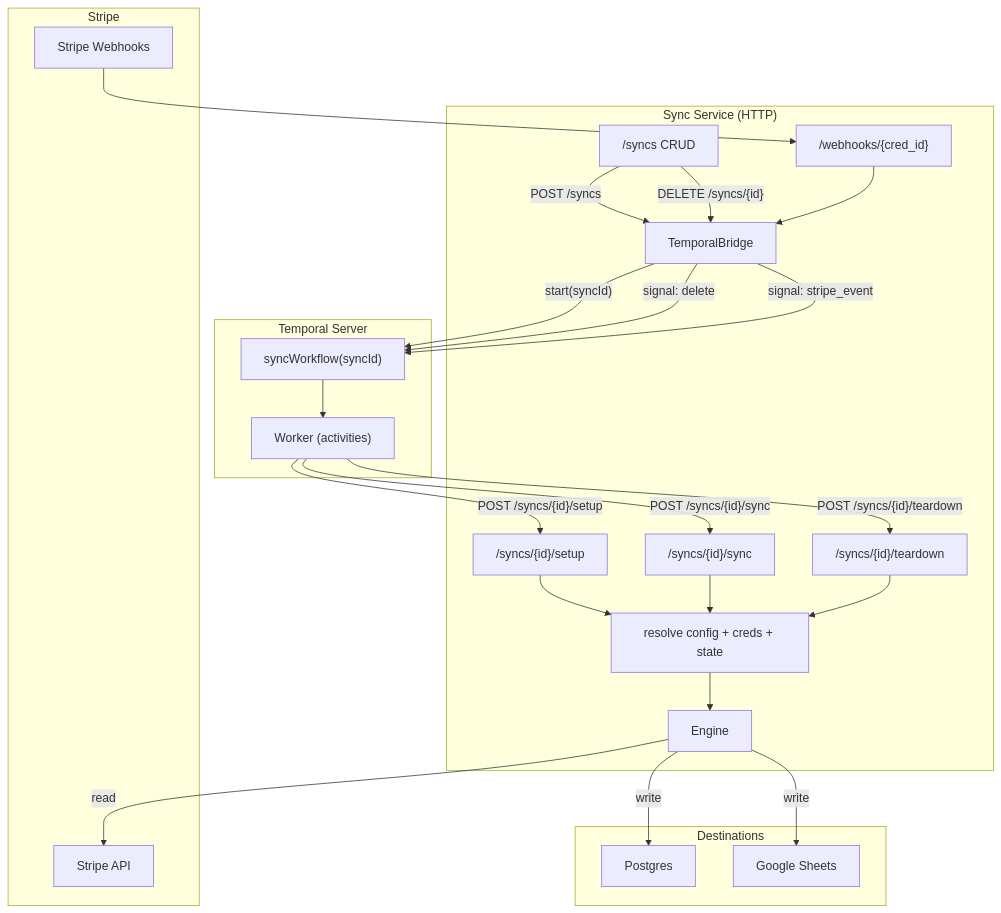
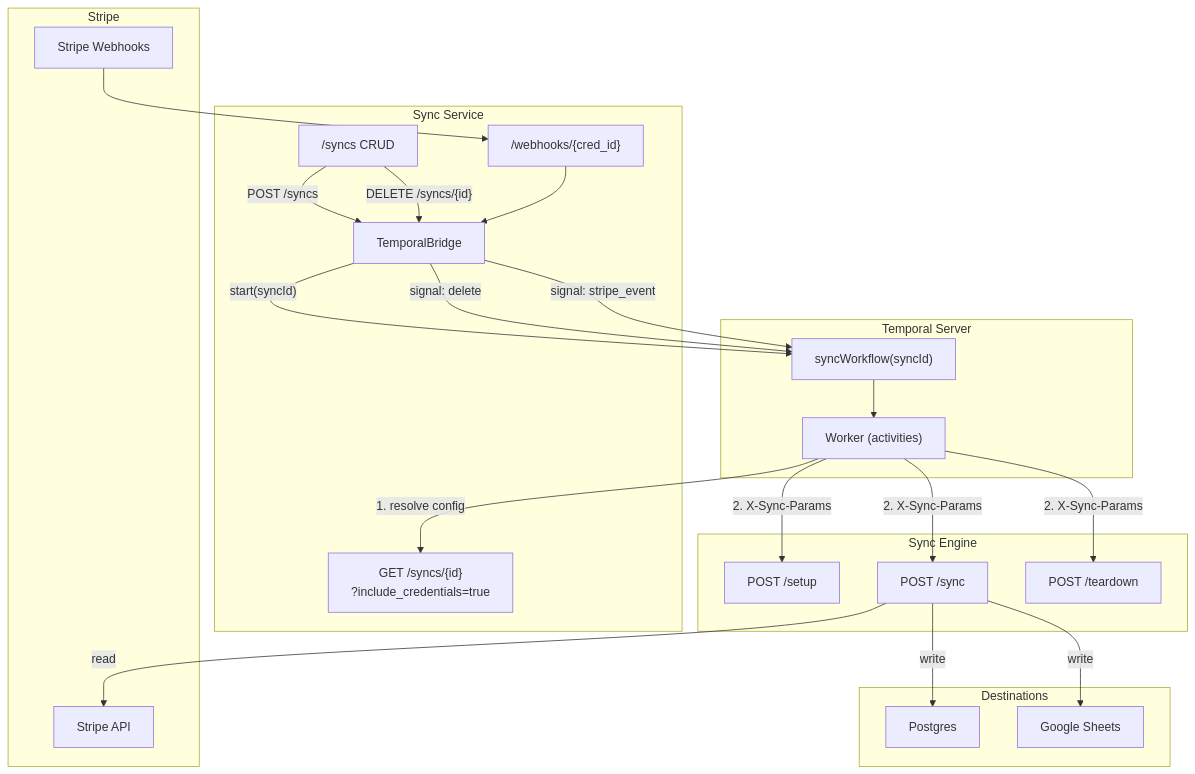
Before and after one commit to supabase/stripe-sync-engine: the first of 5 diagrams in docs/pages/service/temporal.md, drawn with Mermaid. The commit also changed other lines of this file, not shown here.

First line of the commit message:
Update temporal doc: two-server architecture + activity flow

````diff
--- a/docs/pages/service/temporal.md
+++ b/docs/pages/service/temporal.md
@@ -11,55 +18,55 @@
 ```mermaid
 graph TD
     subgraph Stripe
         StripeAPI["Stripe API"]
         StripeWH["Stripe Webhooks"]
     end
 
-    subgraph Service["Sync Service (HTTP)"]
+    subgraph Service["Sync Service"]
         CRUD["/syncs CRUD"]
-        Setup["/syncs/{id}/setup"]
-        Run["/syncs/{id}/sync"]
-        Teardown["/syncs/{id}/teardown"]
+        Resolve["GET /syncs/{id}<br/>?include_credentials=true"]
         WHRoute["/webhooks/{cred_id}"]
         Bridge["TemporalBridge"]
-        Resolve["resolve config + creds + state"]
-        Engine["Engine"]
+    end
+
+    subgraph EngineAPI["Sync Engine"]
+        ESetup["POST /setup"]
+        ESync["POST /sync"]
+        ETeardown["POST /teardown"]
     end
 
     subgraph Temporal["Temporal Server"]
         Workflow["syncWorkflow(syncId)"]
         Worker["Worker (activities)"]
     end
 
     subgraph Destinations
         Postgres["Postgres"]
         Sheets["Google Sheets"]
     end
 
     %% CRUD → Bridge → Workflow
     CRUD -- "POST /syncs" --> Bridge
     Bridge -- "start(syncId)" --> Workflow
     CRUD -- "DELETE /syncs/{id}" --> Bridge
     Bridge -- "signal: delete" --> Workflow
 
     %% Webhook → Bridge → Workflow
     StripeWH --> WHRoute
     WHRoute --> Bridge
     Bridge -- "signal: stripe_event" --> Workflow
 
-    %% Workflow → Activities → Service
+    %% Workflow → Activities
     Workflow --> Worker
-    Worker -- "POST /syncs/{id}/setup" --> Setup
-    Worker -- "POST /syncs/{id}/sync" --> Run
-    Worker -- "POST /syncs/{id}/teardown" --> Teardown
 
-    %% Service internals
-    Setup --> Resolve --> Engine
-    Run --> Resolve
-    Teardown --> Resolve
+    %% Activities → Service (resolve) → Engine (execute)
+    Worker -- "1. resolve config" --> Resolve
+    Worker -- "2. X-Sync-Params" --> ESetup
+    Worker -- "2. X-Sync-Params" --> ESync
+    Worker -- "2. X-Sync-Params" --> ETeardown
 
     %% Engine → external
-    Engine -- "read" --> StripeAPI
-    Engine -- "write" --> Postgres
-    Engine -- "write" --> Sheets
+    ESync -- "read" --> StripeAPI
+    ESync -- "write" --> Postgres
+    ESync -- "write" --> Sheets
 ```
````
